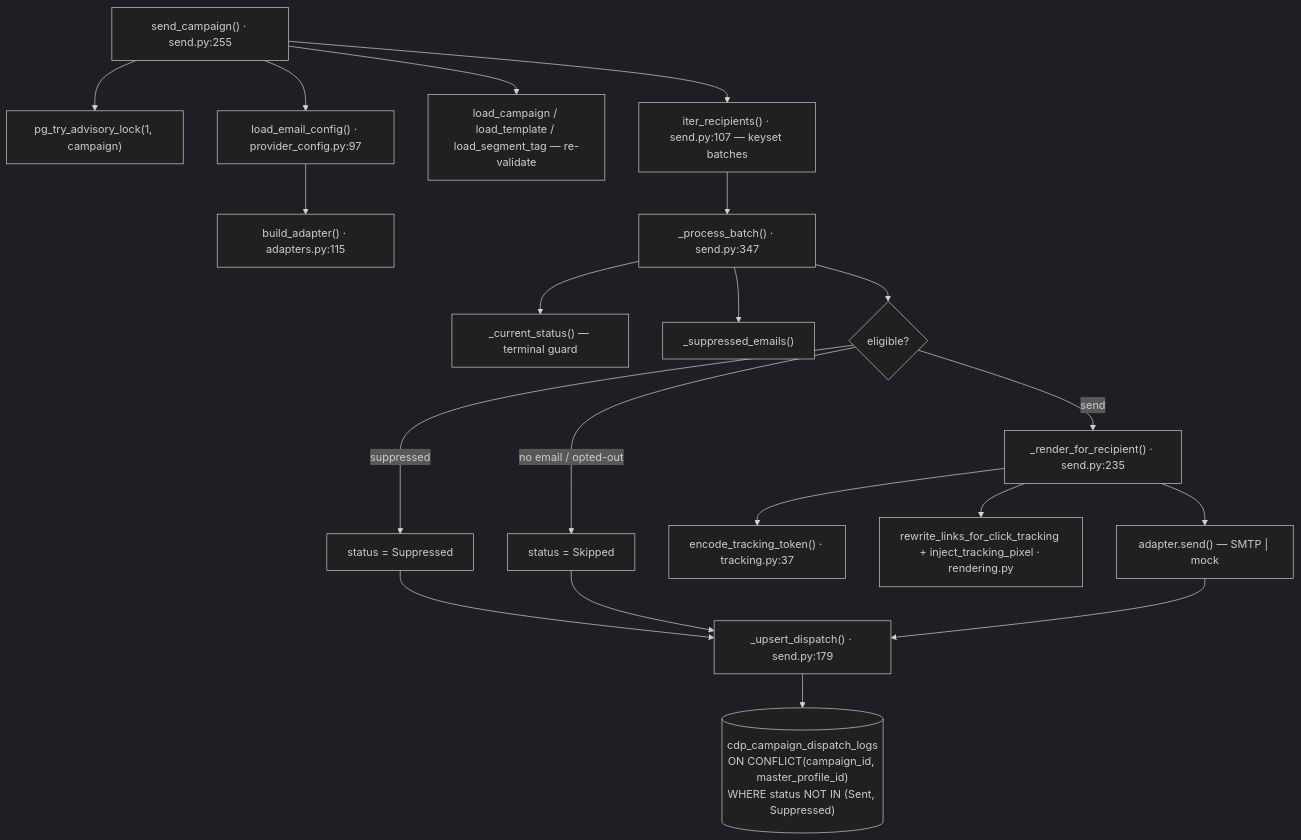
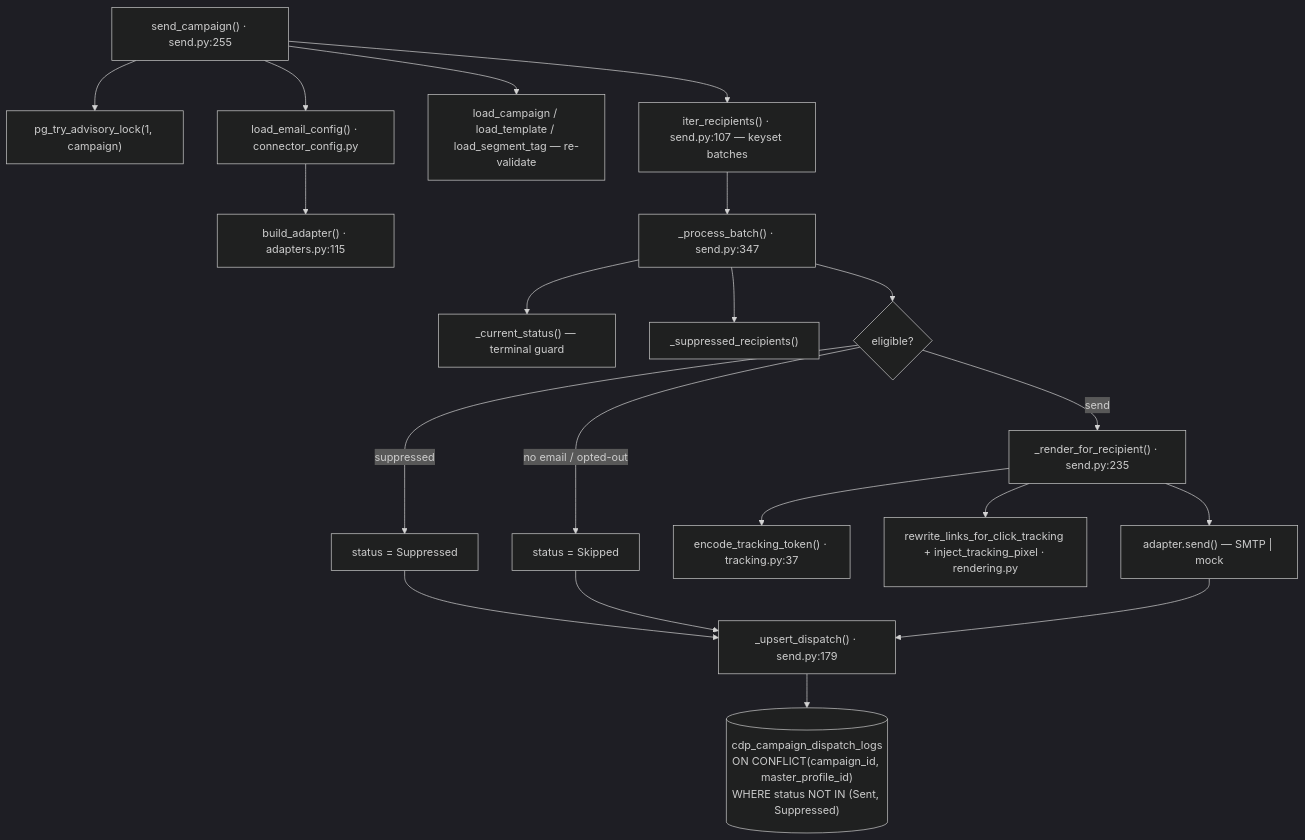
Before and after one commit to LEO-CDP/leo-customer360: the fourth of 6 diagrams in customer360-api/docs/SCRUM-92-agentic-email-marketing-code-flow.md, drawn with Mermaid (dark theme). The commit also changed other lines of this file and 19 other files, not shown here.

First line of the commit message:
Refactor email provider configuration to a generic connector model

````diff
--- a/customer360-api/docs/SCRUM-92-agentic-email-marketing-code-flow.md
+++ b/customer360-api/docs/SCRUM-92-agentic-email-marketing-code-flow.md
@@ -186,22 +186,22 @@
 ```mermaid
 flowchart TD
   A["send_campaign() · send.py:255"] --> B["pg_try_advisory_lock(1, campaign)"]
-  A --> C["load_email_config() · provider_config.py:97"]
+  A --> C["load_email_config() · connector_config.py"]
   C --> D["build_adapter() · adapters.py:115"]
   A --> E["load_campaign / load_template / load_segment_tag — re-validate"]
   A --> F["iter_recipients() · send.py:107 — keyset batches"]
   F --> G["_process_batch() · send.py:347"]
   G --> H["_current_status() — terminal guard"]
-  G --> I["_suppressed_emails()"]
+  G --> I["_suppressed_recipients()"]
   G --> J{"eligible?"}
   J -->|"suppressed"| K["status = Suppressed"]
   J -->|"no email / opted-out"| L["status = Skipped"]
   J -->|"send"| M["_render_for_recipient() · send.py:235"]
   M --> M1["encode_tracking_token() · tracking.py:37"]
   M --> M2["rewrite_links_for_click_tracking + inject_tracking_pixel · rendering.py"]
   M --> N["adapter.send() — SMTP | mock"]
   K --> O["_upsert_dispatch() · send.py:179"]
   L --> O
   N --> O
   O --> P[("cdp_campaign_dispatch_logs<br/>ON CONFLICT(campaign_id, master_profile_id)<br/>WHERE status NOT IN (Sent, Suppressed)")]
 ```
````
